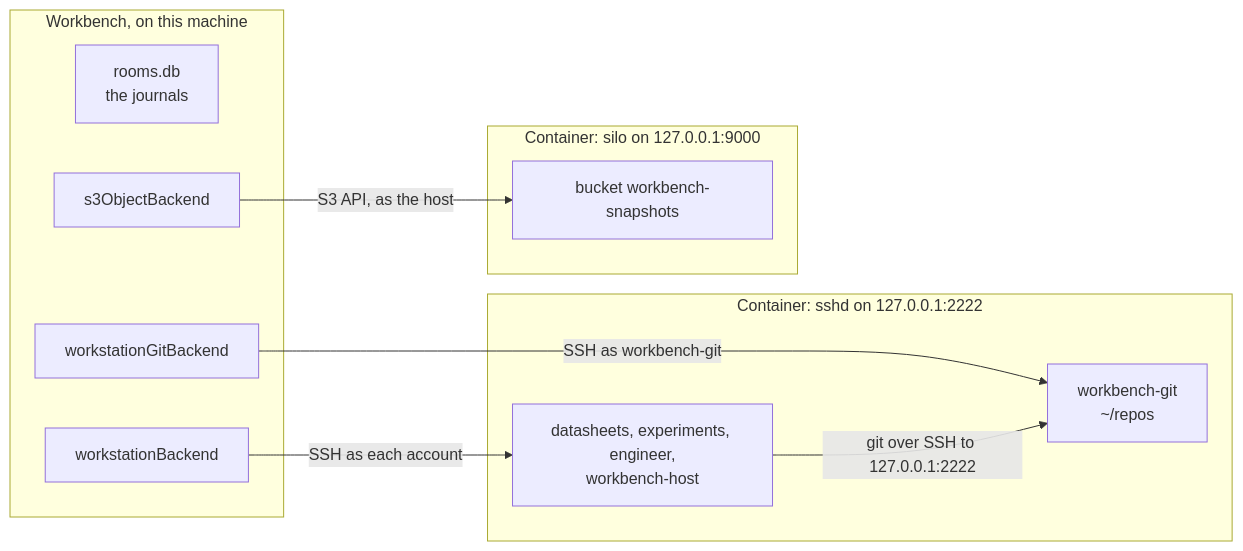
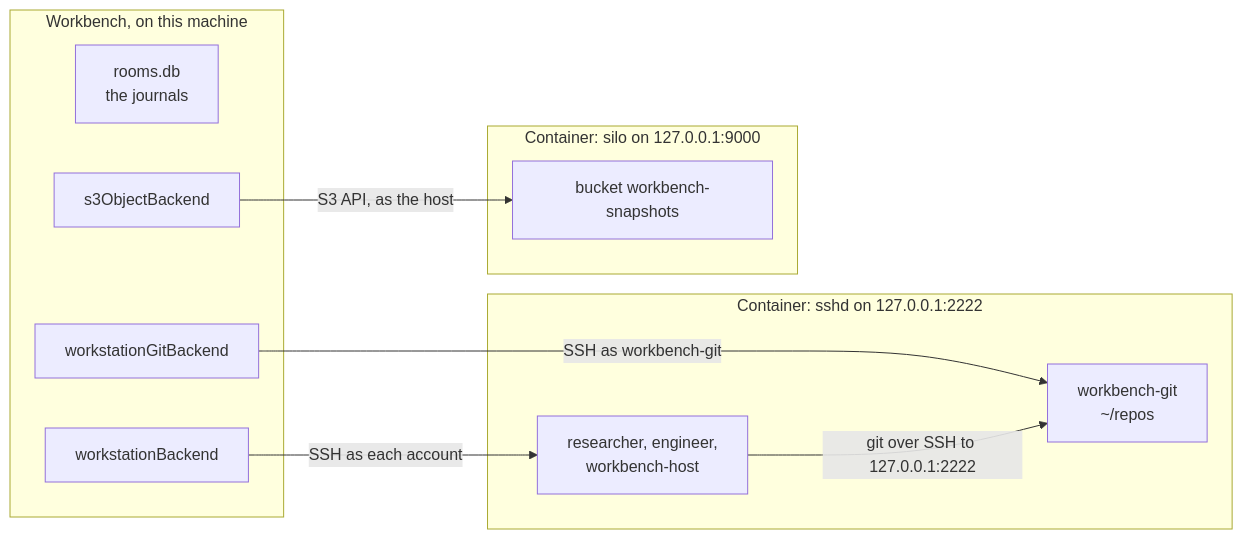
The diagram in workstation/README.md (fastforwardengine/workbench), drawn with Mermaid before and after one commit. The commit also changed other lines of this file and 42 other files, not shown here.

First line of the commit message:
Merge Datasheets and Experiments into one Researcher specialist (#42)

````diff
--- a/workstation/README.md
+++ b/workstation/README.md
@@ -12,20 +12,20 @@
 ```mermaid
 flowchart LR
   subgraph host["Workbench, on this machine"]
     journals["rooms.db<br/>the journals"]
     bash["workstationBackend"]
     git["workstationGitBackend"]
     s3["s3ObjectBackend"]
   end
   subgraph box["Container: sshd on 127.0.0.1:2222"]
-    agents["datasheets, experiments, engineer,<br/>workbench-host"]
+    agents["researcher, engineer,<br/>workbench-host"]
     repos["workbench-git<br/>~/repos"]
   end
   subgraph store["Container: silo on 127.0.0.1:9000"]
     bucket["bucket workbench-snapshots"]
   end
   bash -- "SSH as each account" --> agents
   git -- "SSH as workbench-git" --> repos
   agents -- "git over SSH to 127.0.0.1:2222" --> repos
   s3 -- "S3 API, as the host" --> bucket
 ```
````
